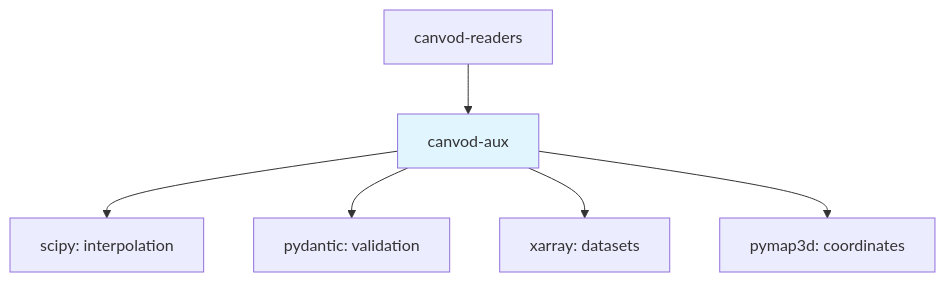
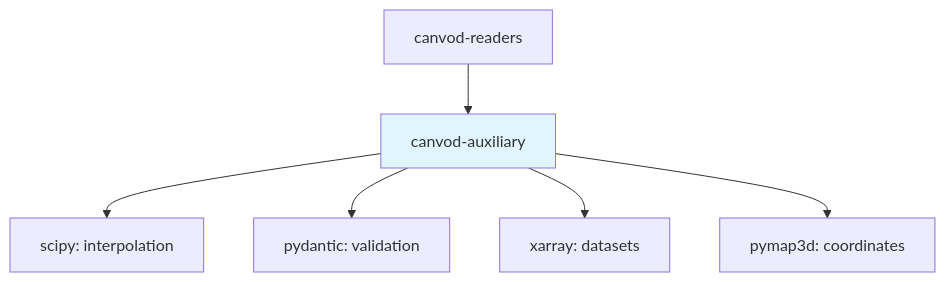
Before and after one commit to mfkiwl/canvodpy: the second of 2 diagrams in packages/canvod-auxiliary/docs/source/index.md, drawn with Mermaid. The commit also changed other lines of this file and 107 other files, not shown here.

First line of the commit message:
refactor: update all imports and references to canvod.auxiliary

````diff
--- a/packages/canvod-auxiliary/docs/source/index.md
+++ b/packages/canvod-auxiliary/docs/source/index.md
@@ -234,10 +234,10 @@
 ```mermaid
 graph TD
-    A[canvod-readers] --> B[canvod-aux]
+    A[canvod-readers] --> B[canvod-auxiliary]
     B --> C[scipy: interpolation]
     B --> D[pydantic: validation]
     B --> E[xarray: datasets]
     B --> F[pymap3d: coordinates]
     
     style B fill:#e1f5ff
 ```
````
